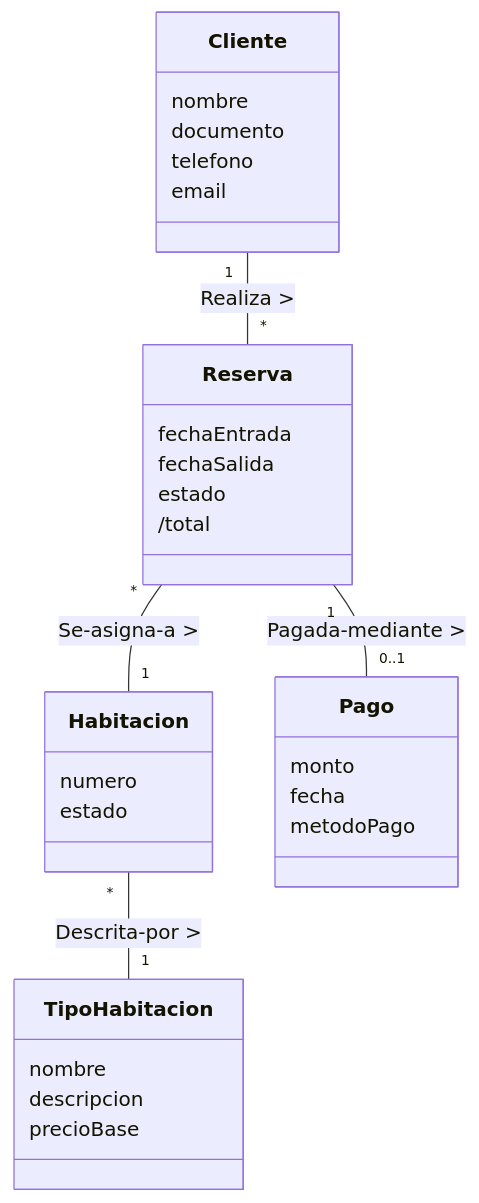
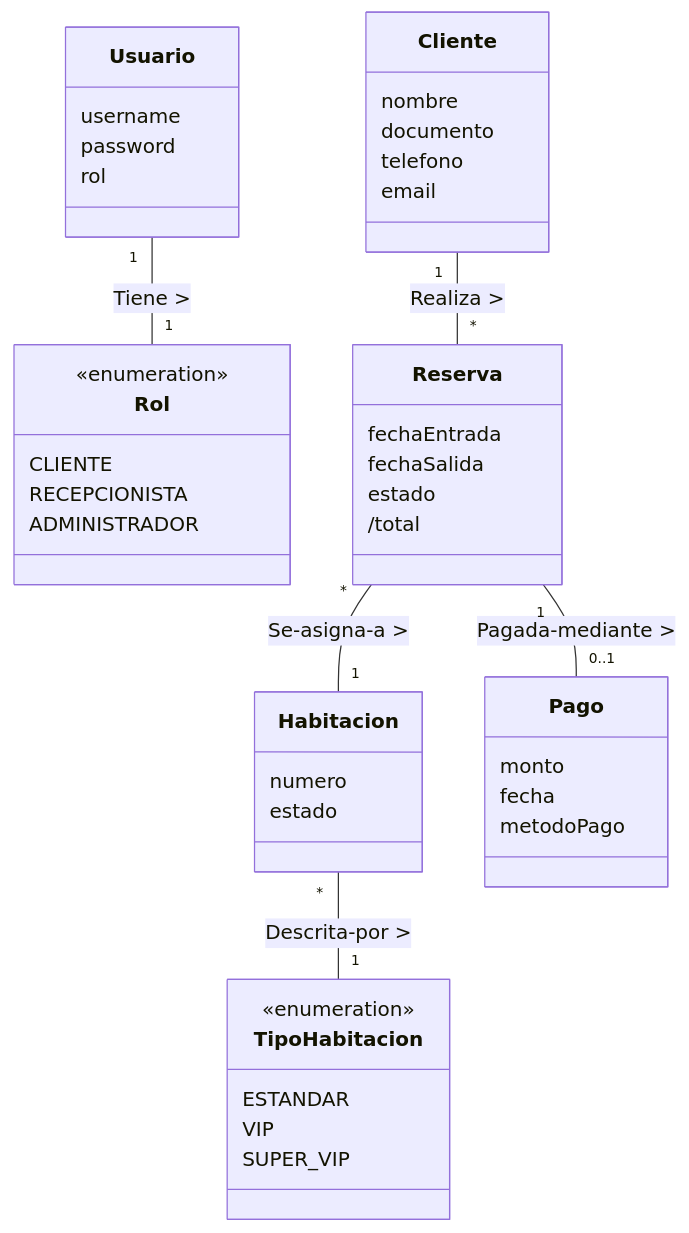
Before and after one commit to Tsmrain/Residencial: the diagram in UML RESIDENCIAL/ModeloDominio.mmd, drawn with Mermaid. The commit also changed 3 other files, not shown here.

```diff
--- a/UML RESIDENCIAL/ModeloDominio.mmd
+++ b/UML RESIDENCIAL/ModeloDominio.mmd
@@ -1,38 +1,53 @@
 classDiagram
     direction TB
+
+    class Usuario {
+        username
+        password
+        rol
+    }
+
+    class Rol {
+        <<enumeration>>
+        CLIENTE
+        RECEPCIONISTA
+        ADMINISTRADOR
+    }
 
     class Cliente {
         nombre
         documento
         telefono
         email
     }
 
     class Reserva {
         fechaEntrada
         fechaSalida
         estado
         /total
     }
 
     class Habitacion {
         numero
         estado
     }
 
     class TipoHabitacion {
-        nombre
-        descripcion
-        precioBase
+        <<enumeration>>
+        ESTANDAR
+        VIP
+        SUPER_VIP
     }
 
     class Pago {
         monto
         fecha
         metodoPago
     }
 
+    Usuario "1" -- "1" Rol : Tiene >
     Cliente "1" -- "*" Reserva : Realiza >
     Reserva "*" -- "1" Habitacion : Se-asigna-a >
     Habitacion "*" -- "1" TipoHabitacion : Descrita-por >
     Reserva "1" -- "0..1" Pago : Pagada-mediante >
```
